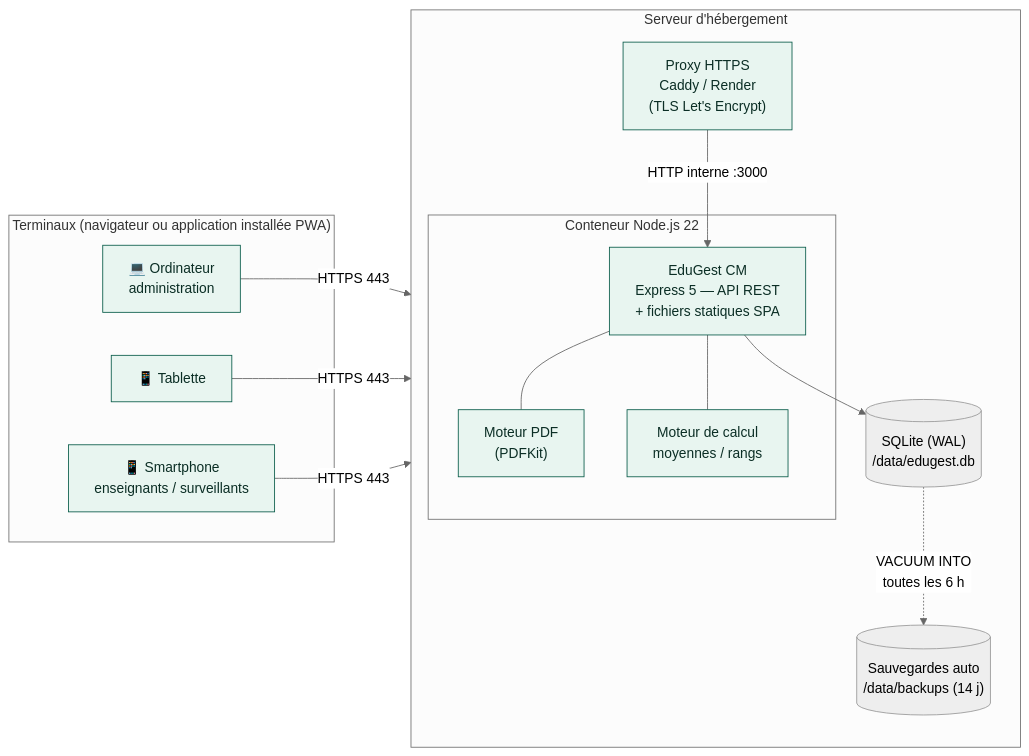
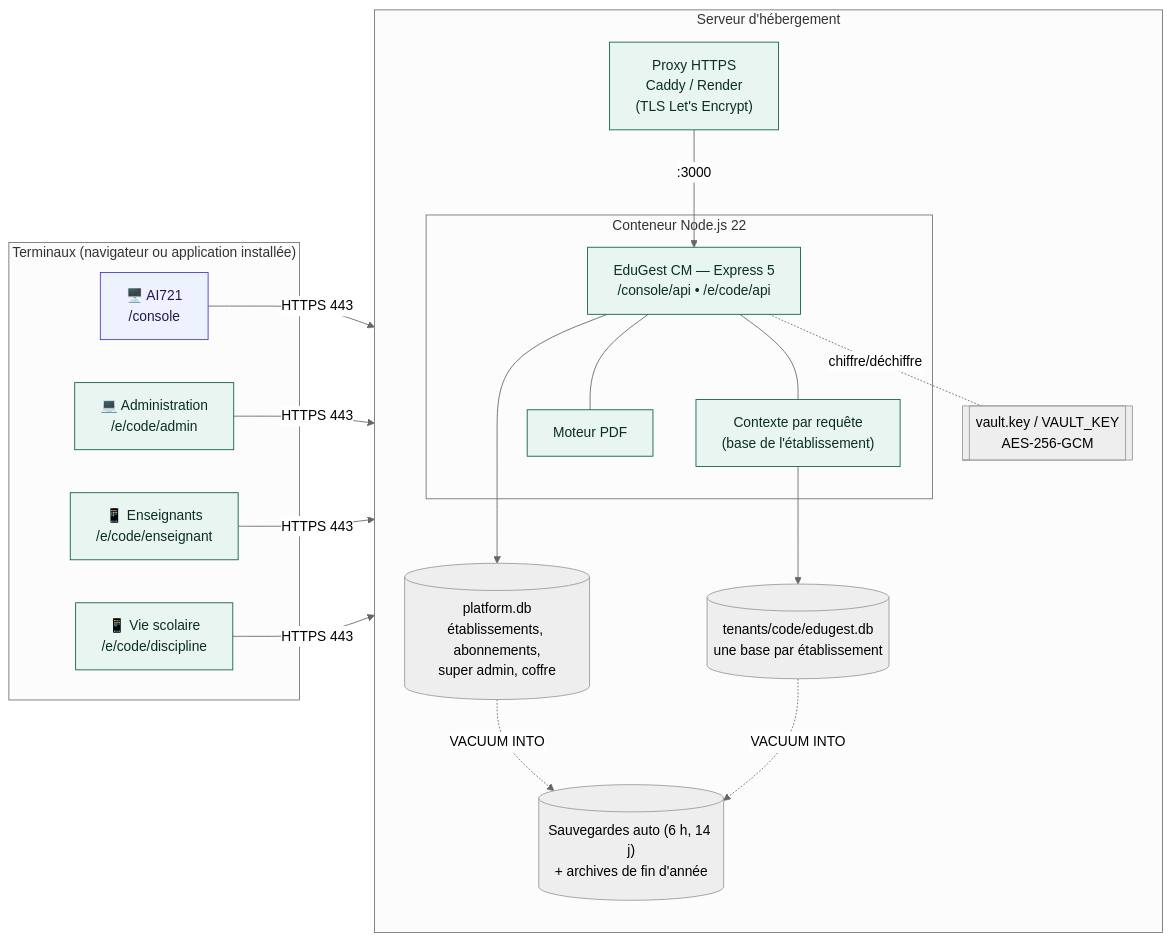
The diagram in docs/uml/09_deploiement.mmd (ANDJE30/MY_WORLD), drawn with Mermaid (neutral theme) before and after one commit. The commit also changed 132 other files, not shown here.

```diff
--- a/docs/uml/09_deploiement.mmd
+++ b/docs/uml/09_deploiement.mmd
@@ -1,24 +1,31 @@
 flowchart LR
-  subgraph CLIENTS["Terminaux (navigateur ou application installée PWA)"]
-    PC["💻 Ordinateur<br/>administration"]
-    TAB["📱 Tablette"]
-    TEL["📱 Smartphone<br/>enseignants / surveillants"]
+  subgraph CLIENTS["Terminaux (navigateur ou application installée)"]
+    SA["🖥️ AI721<br/>/console"]
+    PC["💻 Administration<br/>/e/code/admin"]
+    TEL["📱 Enseignants<br/>/e/code/enseignant"]
+    TAB["📱 Vie scolaire<br/>/e/code/discipline"]
   end
   subgraph CLOUD["Serveur d'hébergement"]
     direction TB
     RP["Proxy HTTPS<br/>Caddy / Render<br/>(TLS Let's Encrypt)"]
     subgraph CT["Conteneur Node.js 22"]
-      APP["EduGest CM<br/>Express 5 — API REST<br/>+ fichiers statiques SPA"]
-      PDF["Moteur PDF<br/>(PDFKit)"]
-      CALC["Moteur de calcul<br/>moyennes / rangs"]
+      APP["EduGest CM — Express 5<br/>/console/api • /e/code/api"]
+      CTX["Contexte par requête<br/>(base de l'établissement)"]
+      PDF["Moteur PDF"]
     end
-    DB[("SQLite (WAL)<br/>/data/edugest.db")]
-    BK[("Sauvegardes auto<br/>/data/backups (14 j)")]
+    PDB[("platform.db<br/>établissements, abonnements,<br/>super admin, coffre")]
+    TDB[("tenants/code/edugest.db<br/>une base par établissement")]
+    KEY[["vault.key / VAULT_KEY<br/>AES-256-GCM"]]
+    BK[("Sauvegardes auto (6 h, 14 j)<br/>+ archives de fin d'année")]
   end
-  PC & TAB & TEL -- "HTTPS 443" --> RP
-  RP -- "HTTP interne :3000" --> APP
-  APP --- PDF & CALC
-  APP --> DB
-  DB -. "VACUUM INTO<br/>toutes les 6 h" .-> BK
+  SA & PC & TEL & TAB -- "HTTPS 443" --> RP
+  RP -- ":3000" --> APP
+  APP --- CTX & PDF
+  APP --> PDB
+  CTX --> TDB
+  APP -. chiffre/déchiffre .- KEY
+  PDB & TDB -. "VACUUM INTO" .-> BK
   classDef n fill:#e8f5f0,stroke:#0b5d4b,color:#0b2e25
-  class PC,TAB,TEL,RP,APP,PDF,CALC n
+  classDef p fill:#eef2ff,stroke:#4338ca,color:#1e1b4b
+  class PC,TEL,TAB,RP,APP,CTX,PDF n
+  class SA p
```
